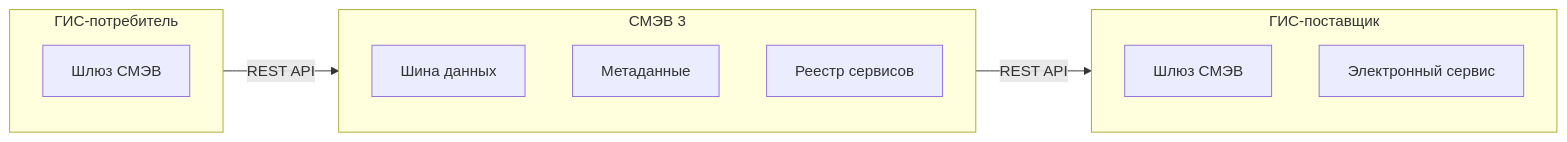
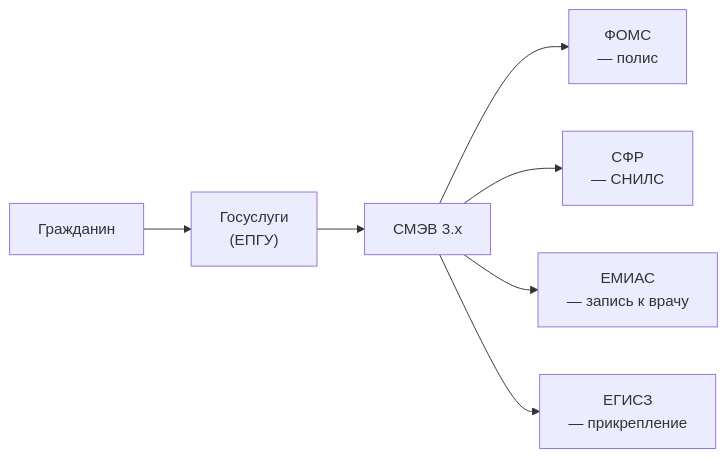
Before and after one commit to sergeyodnoval-bot/sysanalyst-kb.github.io: the second of 2 diagrams in docs/specialization/govtech-smev.md, drawn with Mermaid. The commit also changed other lines of this file and 13 other files, not shown here.

````diff
--- a/docs/specialization/govtech-smev.md
+++ b/docs/specialization/govtech-smev.md
@@ -42,17 +205,9 @@
 ```mermaid
 flowchart LR
-    subgraph GIS1["ГИС-потребитель"]
-        GW1["Шлюз СМЭВ"]
-    end
-    subgraph SMEV["СМЭВ 3"]
-        BUS["Шина данных"]
-        MD["Метаданные"]
-        REG["Реестр сервисов"]
-    end
-    subgraph GIS2["ГИС-поставщик"]
-        GW2["Шлюз СМЭВ"]
-        SVC["Электронный сервис"]
-    end
-    GIS1 -->|"REST API"| SMEV
-    SMEV -->|"REST API"| GIS2
+    U["Гражданин"] --> EPGU["Госуслуги<br/>(ЕПГУ)"]
+    EPGU --> SMEV["СМЭВ 3.x"]
+    SMEV --> FOMS["ФОМС<br/>— полис"]
+    SMEV --> SFR["СФР<br/>— СНИЛС"]
+    SMEV --> EMIAS["ЕМИАС<br/>— запись к врачу"]
+    SMEV --> EGISZ["ЕГИСЗ<br/>— прикрепление"]
 ```
````
